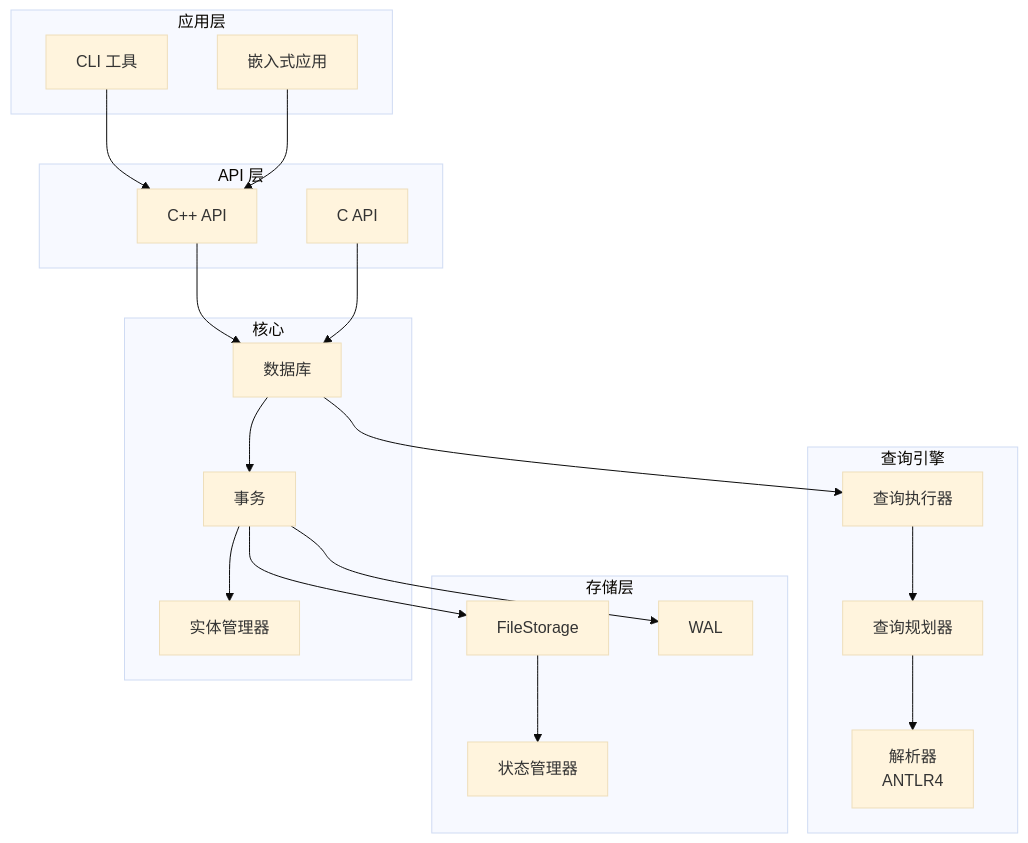
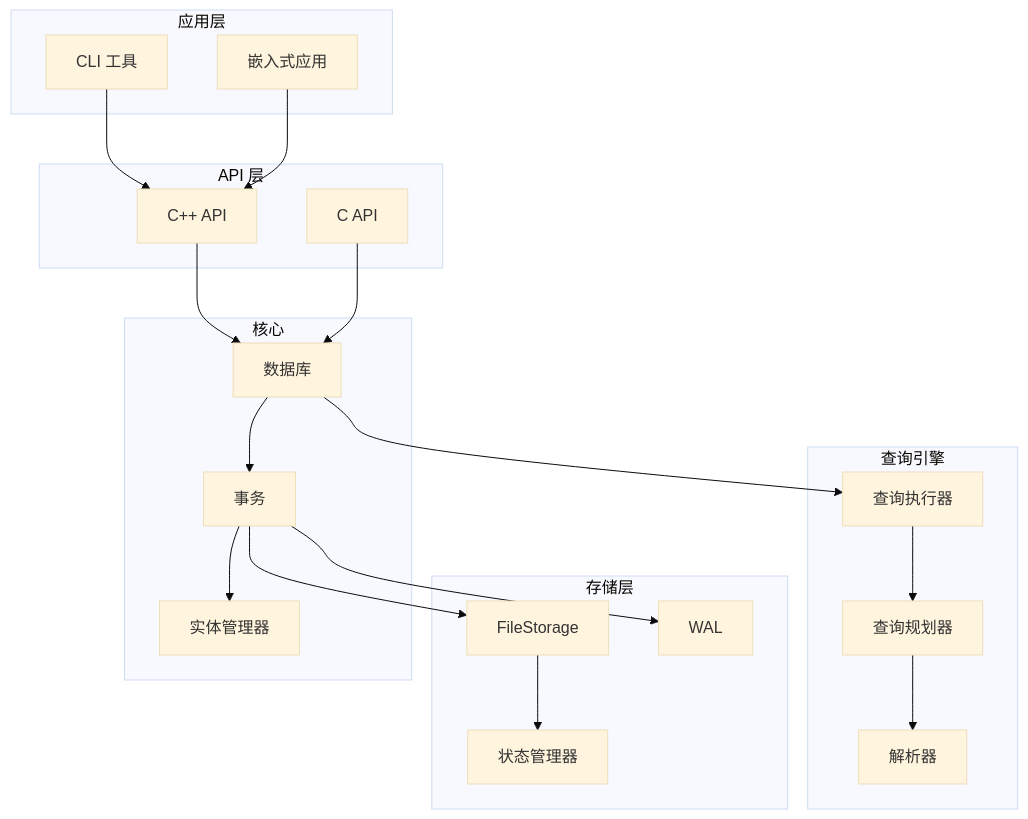
One commit to nexepic/zyx changed the first of 2 diagrams in docs/zh/architecture/overview.md. Above: the diagram before and after it, drawn with Mermaid (base theme). The commit also changed other lines of this file and 21 other files, not shown here.

First line of the commit message:
fix: resolve Mermaid diagram display issues in VitePress

````diff
--- a/docs/zh/architecture/overview.md
+++ b/docs/zh/architecture/overview.md
@@ -7,46 +7,46 @@
 ```mermaid
 graph TB
     subgraph "应用层"
         CLI[CLI 工具]
         APP[嵌入式应用]
     end
 
     subgraph "API 层"
         CPP[C++ API]
         CA[C API]
     end
 
     subgraph "查询引擎"
-        P[解析器<br/>ANTLR4]
+        P[解析器]
         QP[查询规划器]
         QE[查询执行器]
     end
 
     subgraph "存储层"
         FS[FileStorage]
         WAL[WAL]
         SM[状态管理器]
     end
 
     subgraph "核心"
         DB[数据库]
         TX[事务]
         ENT[实体管理器]
     end
 
     CLI --> CPP
     APP --> CPP
     CPP --> DB
     CA --> DB
 
     DB --> TX
     DB --> QE
     TX --> ENT
 
     QE --> QP
     QP --> P
 
     TX --> FS
     TX --> WAL
     FS --> SM
 ```
````
